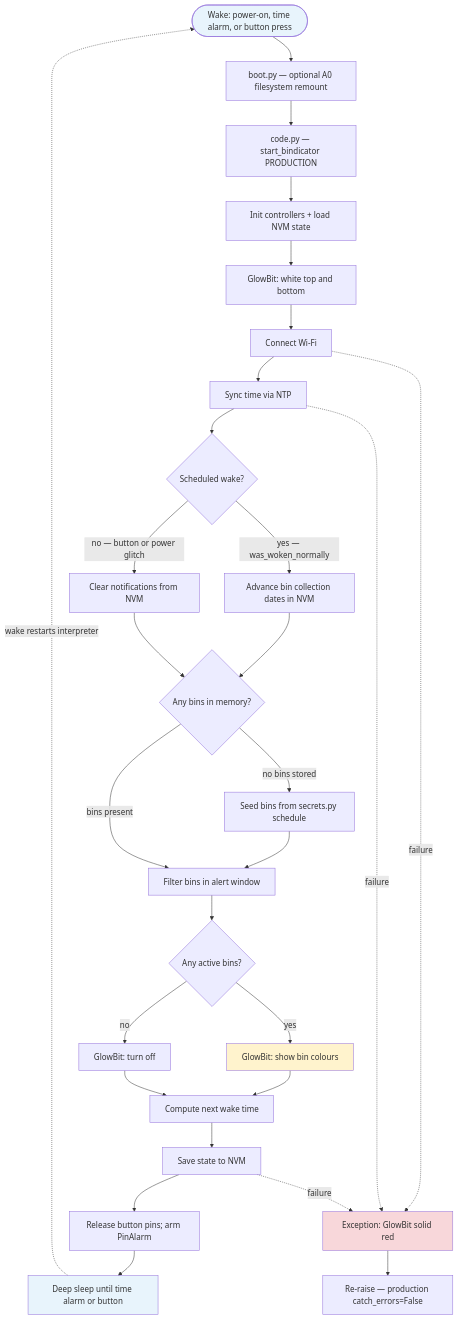
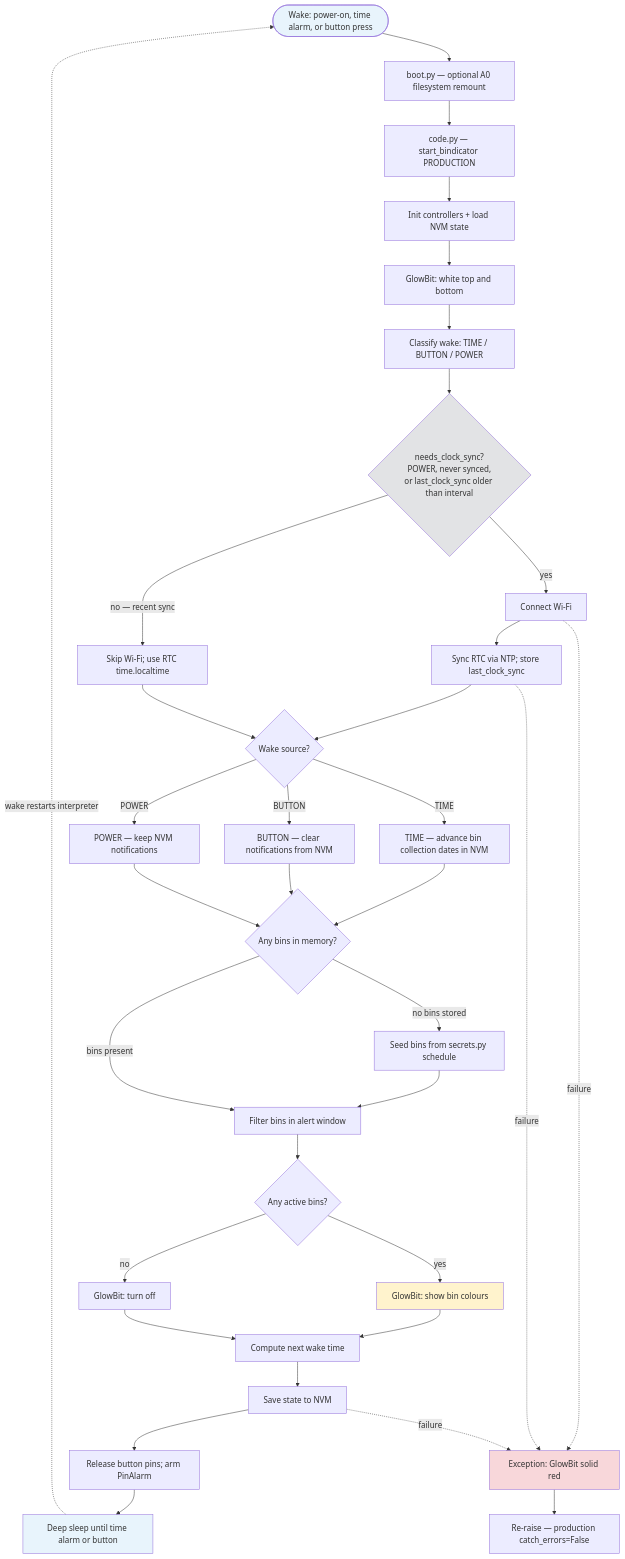
One commit to morpha1337/PyBindicator changed the diagram in AGENTS.md. Above: the diagram before and after it, drawn with Mermaid. The commit also changed other lines of this file and 8 other files, not shown here.

````diff
--- a/AGENTS.md
+++ b/AGENTS.md
@@ -205,46 +205,54 @@
 ```mermaid
 flowchart TD
     Wake([Wake: power-on, time alarm, or button press])
     Boot[boot.py — optional A0 filesystem remount]
     Entry[code.py — start_bindicator PRODUCTION]
     Init[Init controllers + load NVM state]
     Startup[GlowBit: white top and bottom]
+    WakeReason[Classify wake: TIME / BUTTON / POWER]
+    NeedSync{needs_clock_sync?\nPOWER, never synced,\nor last_clock_sync older than interval}
     WiFi[Connect Wi-Fi]
-    NTP[Sync time via NTP]
-    WakeReason{Scheduled wake?}
-    UpdateBins[Advance bin collection dates in NVM]
-    ClearBins[Clear notifications from NVM]
+    NTP[Sync RTC via NTP; store last_clock_sync]
+    UseRTC[Skip Wi-Fi; use RTC time.localtime]
+    WakeBranch{Wake source?}
+    UpdateBins[TIME — advance bin collection dates in NVM]
+    ClearBins[BUTTON — clear notifications from NVM]
+    PowerNop[POWER — keep NVM notifications]
     Empty{Any bins in memory?}
     Seed[Seed bins from secrets.py schedule]
     Filter[Filter bins in alert window]
     Active{Any active bins?}
     ShowLights[GlowBit: show bin colours]
     LightsOff[GlowBit: turn off]
     NextWake[Compute next wake time]
     Save[Save state to NVM]
     PinAlarm[Release button pins; arm PinAlarm]
     Sleep[Deep sleep until time alarm or button]
     Error[Exception: GlowBit solid red]
     Rethrow[Re-raise — production catch_errors=False]
 
-    Wake --> Boot --> Entry --> Init --> Startup --> WiFi --> NTP --> WakeReason
-    WakeReason -->|yes — was_woken_normally| UpdateBins --> Empty
-    WakeReason -->|no — button or power glitch| ClearBins --> Empty
+    Wake --> Boot --> Entry --> Init --> Startup --> WakeReason --> NeedSync
+    NeedSync -->|yes| WiFi --> NTP --> WakeBranch
+    NeedSync -->|no — recent sync| UseRTC --> WakeBranch
+    WakeBranch -->|TIME| UpdateBins --> Empty
+    WakeBranch -->|BUTTON| ClearBins --> Empty
+    WakeBranch -->|POWER| PowerNop --> Empty
     Empty -->|no bins stored| Seed --> Filter
     Empty -->|bins present| Filter
     Filter --> Active
     Active -->|yes| ShowLights --> NextWake
     Active -->|no| LightsOff --> NextWake
     NextWake --> Save --> PinAlarm --> Sleep
     Sleep -.->|wake restarts interpreter| Wake
 
     WiFi -.->|failure| Error
     NTP -.->|failure| Error
     Save -.->|failure| Error
     Error --> Rethrow
 
     style Wake fill:#e8f4fc
     style Sleep fill:#e8f4fc
     style ShowLights fill:#fff3cd
     style Error fill:#f8d7da
+    style NeedSync fill:#e2e3e5
 ```
````
